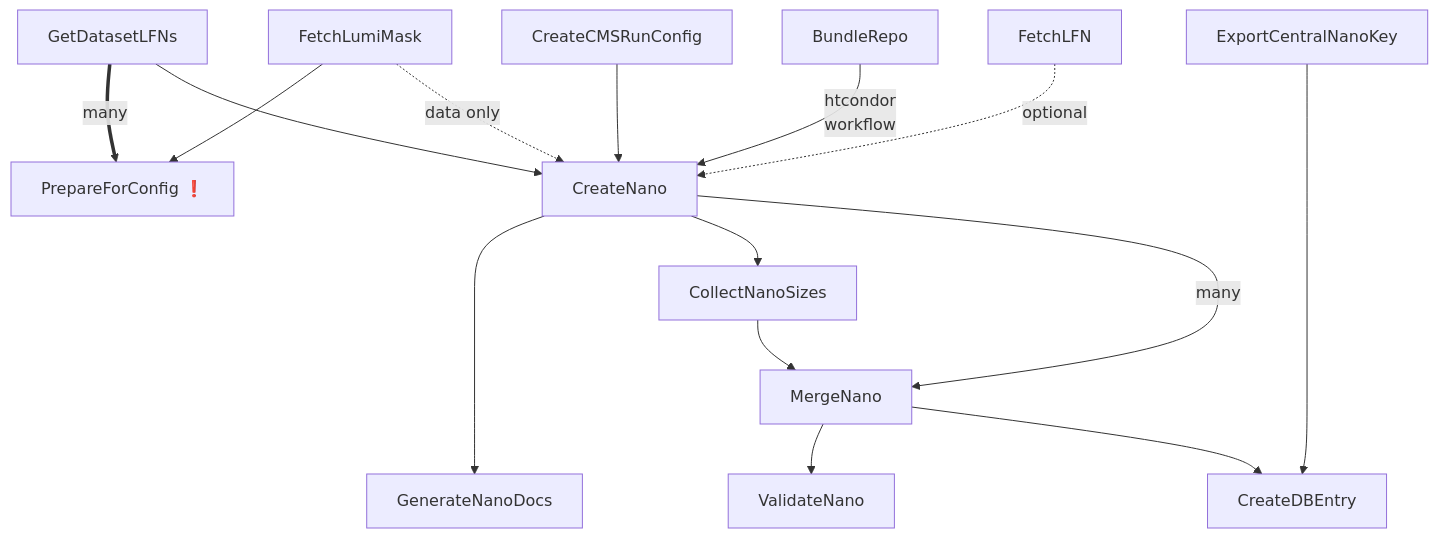
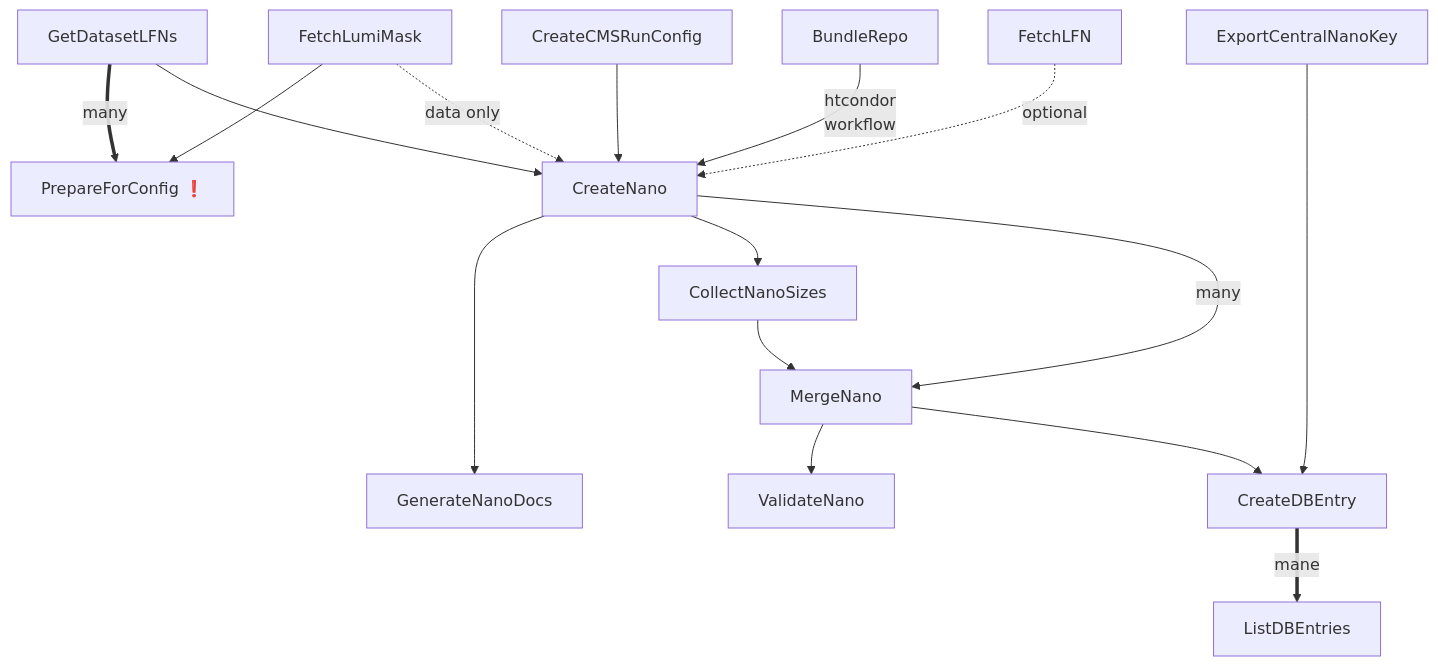
Before and after one commit to uhh-cms/nanogen: the diagram in README.md, drawn with Mermaid. The commit also changed 1 other file, not shown here.

Commit message:
Add ListDBEntries task.

````diff
--- a/README.md
+++ b/README.md
@@ -18,17 +18,18 @@
 ```mermaid
 flowchart TD
   FetchLumiMask --> PrepareForConfig
   GetDatasetLFNs == many ==> PrepareForConfig["PrepareForConfig ❗️"]
   GetDatasetLFNs --> CreateNano
   CreateCMSRunConfig --> CreateNano
   BundleRepo -- htcondor<br />workflow --> CreateNano
   FetchLFN -. optional .-> CreateNano
   FetchLumiMask -. data only .-> CreateNano
   CreateNano ----> GenerateNanoDocs
   CreateNano --> CollectNanoSizes
   CollectNanoSizes --> MergeNano
   CreateNano -- many --> MergeNano
   MergeNano --> ValidateNano
   MergeNano --> CreateDBEntry
   ExportCentralNanoKey -----> CreateDBEntry
+  CreateDBEntry == mane ==> ListDBEntries
 ```
````
